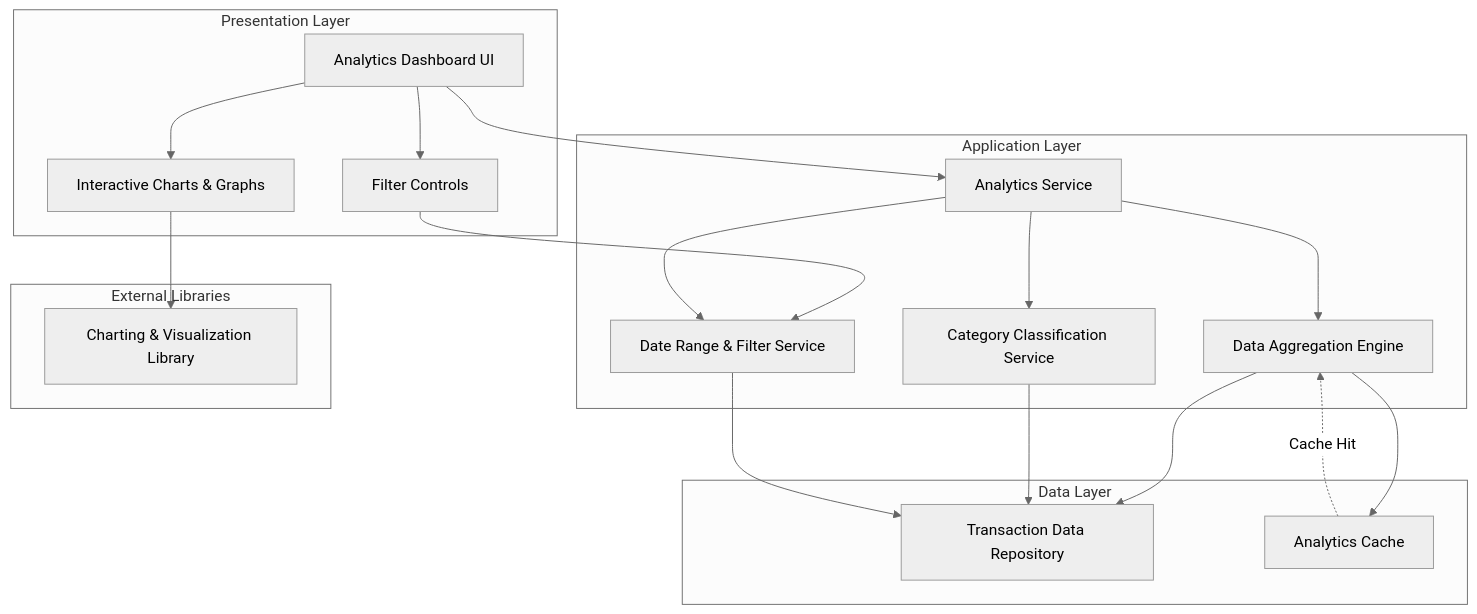
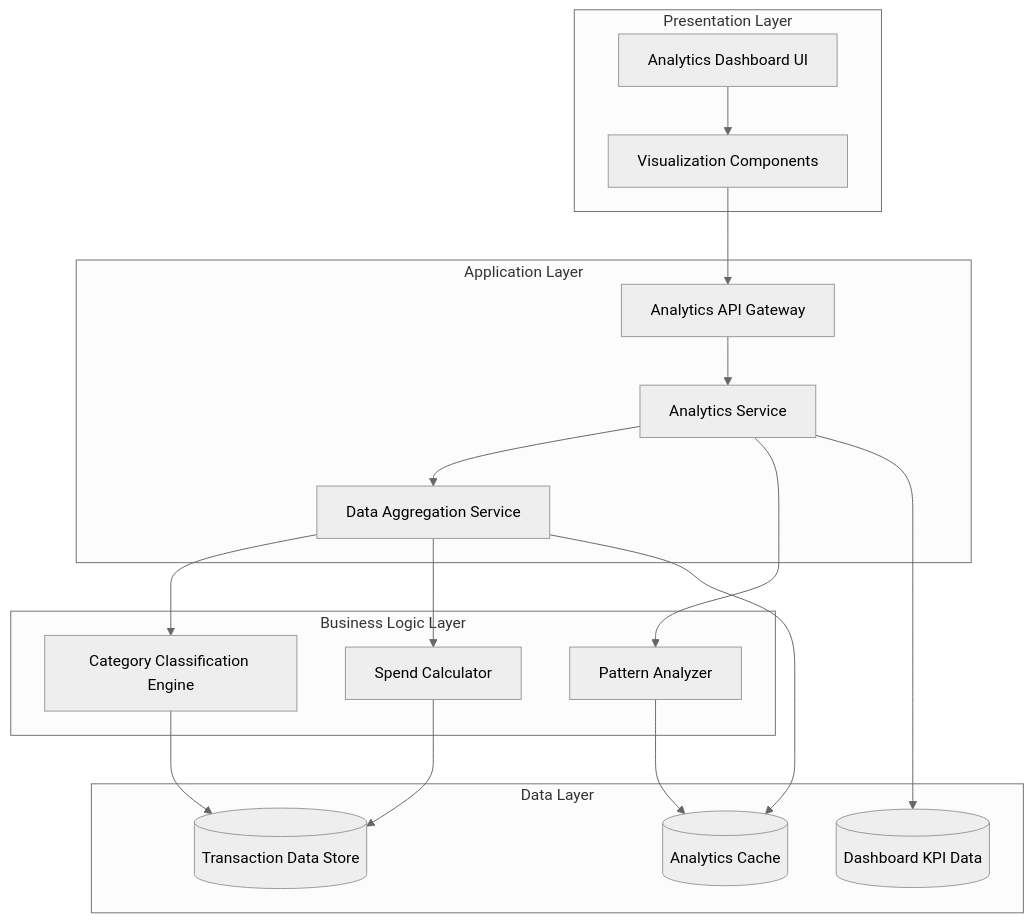
The first of 3 diagrams in HLD/PRD1-Analytics_and_Spending_Insights_HLD.md (AAVA-Demo/APB_Demo), drawn with Mermaid (neutral theme) before and after one commit. The commit also changed other lines of this file, not shown here.

````diff
--- a/HLD/PRD1-Analytics_and_Spending_Insights_HLD.md
+++ b/HLD/PRD1-Analytics_and_Spending_Insights_HLD.md
@@ -72,41 +78,38 @@
 ```mermaid
 graph TB
     subgraph "Presentation Layer"
         UI[Analytics Dashboard UI]
-        Charts[Interactive Charts & Graphs]
-        Filters[Filter Controls]
+        VIZ[Visualization Components]
     end
     
     subgraph "Application Layer"
-        AnalyticsService[Analytics Service]
-        AggregationEngine[Data Aggregation Engine]
-        CategoryService[Category Classification Service]
-        FilterService[Date Range & Filter Service]
+        API[Analytics API Gateway]
+        ANALYTICS[Analytics Service]
+        AGGREGATION[Data Aggregation Service]
+    end
+    
+    subgraph "Business Logic Layer"
+        CATEGORIZER[Category Classification Engine]
+        CALCULATOR[Spend Calculator]
+        PATTERN[Pattern Analyzer]
     end
     
     subgraph "Data Layer"
-        TransactionRepo[Transaction Data Repository]
-        AnalyticsCache[Analytics Cache]
+        TXN_STORE[(Transaction Data Store)]
+        KPI_STORE[(Dashboard KPI Data)]
+        CACHE[(Analytics Cache)]
     end
     
-    subgraph "External Libraries"
-        ChartLib[Charting & Visualization Library]
-    end
-    
-    UI --> Charts
-    UI --> Filters
-    Charts --> ChartLib
-    Filters --> FilterService
-    
-    UI --> AnalyticsService
-    AnalyticsService --> AggregationEngine
-    AnalyticsService --> CategoryService
-    AnalyticsService --> FilterService
-    
-    AggregationEngine --> AnalyticsCache
-    AggregationEngine --> TransactionRepo
-    CategoryService --> TransactionRepo
-    FilterService --> TransactionRepo
-    
-    AnalyticsCache -.->|Cache Hit| AggregationEngine
+    UI --> VIZ
+    VIZ --> API
+    API --> ANALYTICS
+    ANALYTICS --> AGGREGATION
+    ANALYTICS --> PATTERN
+    AGGREGATION --> CATEGORIZER
+    AGGREGATION --> CALCULATOR
+    CATEGORIZER --> TXN_STORE
+    CALCULATOR --> TXN_STORE
+    PATTERN --> CACHE
+    AGGREGATION --> CACHE
+    ANALYTICS --> KPI_STORE
 ```
````
